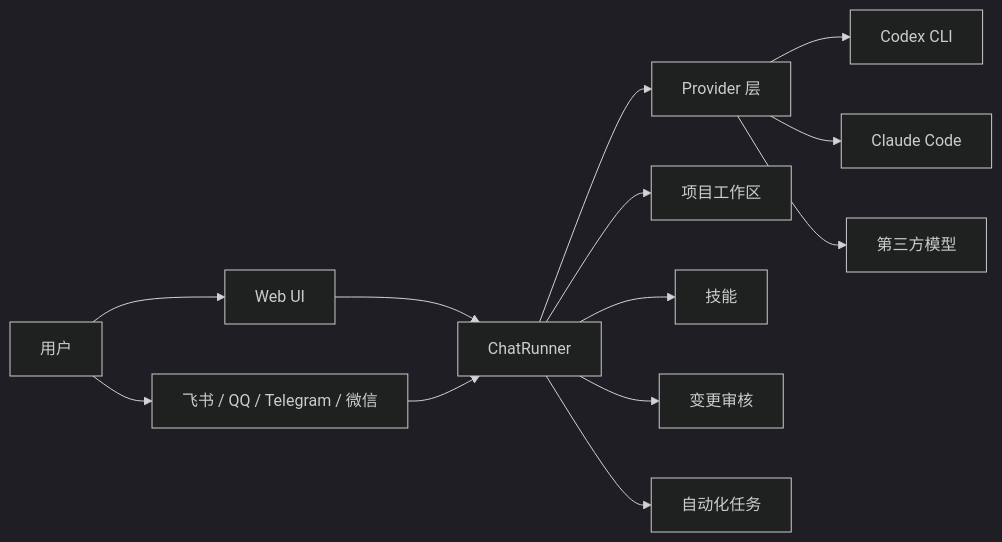
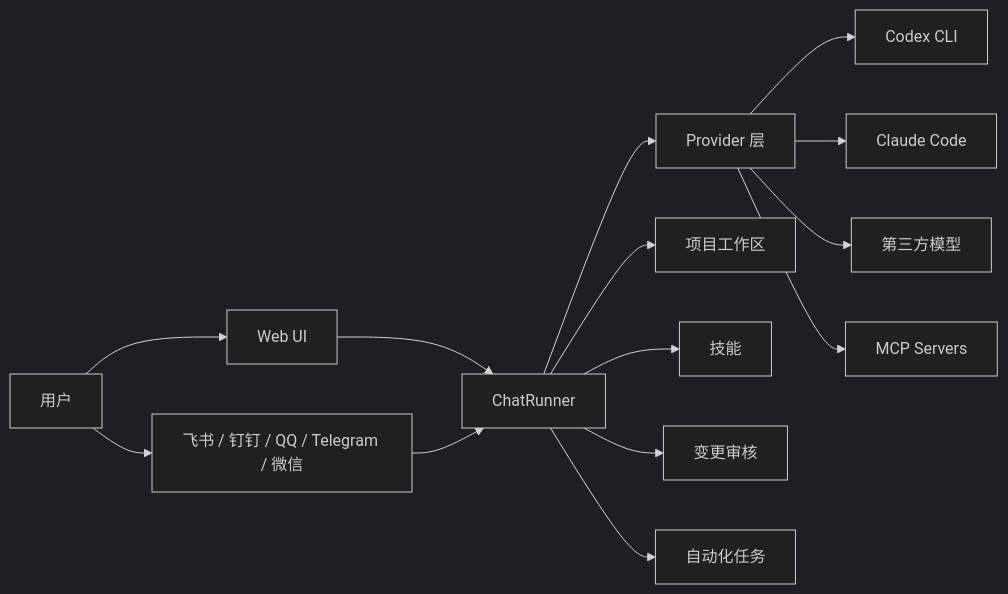
The diagram in README.md (1935417243/AnyBot), drawn with Mermaid (dark theme) before and after one commit. The commit also changed other lines of this file and 4 other files, not shown here.

````diff
--- a/README.md
+++ b/README.md
@@ -54,15 +55,16 @@
 ```mermaid
 flowchart LR
     User[用户] --> WebUI[Web UI]
-    User --> Channels[飞书 / QQ / Telegram / 微信]
+    User --> Channels[飞书 / 钉钉 / QQ / Telegram / 微信]
     WebUI --> Runner[ChatRunner]
     Channels --> Runner
     Runner --> Providers[Provider 层]
     Providers --> Codex[Codex CLI]
     Providers --> Claude[Claude Code]
     Providers --> ThirdParty[第三方模型]
+    Providers --> MCP[MCP Servers]
     Runner --> Workspace[项目工作区]
     Runner --> Skills[技能]
     Runner --> Review[变更审核]
     Runner --> Automation[自动化任务]
 ```
````
